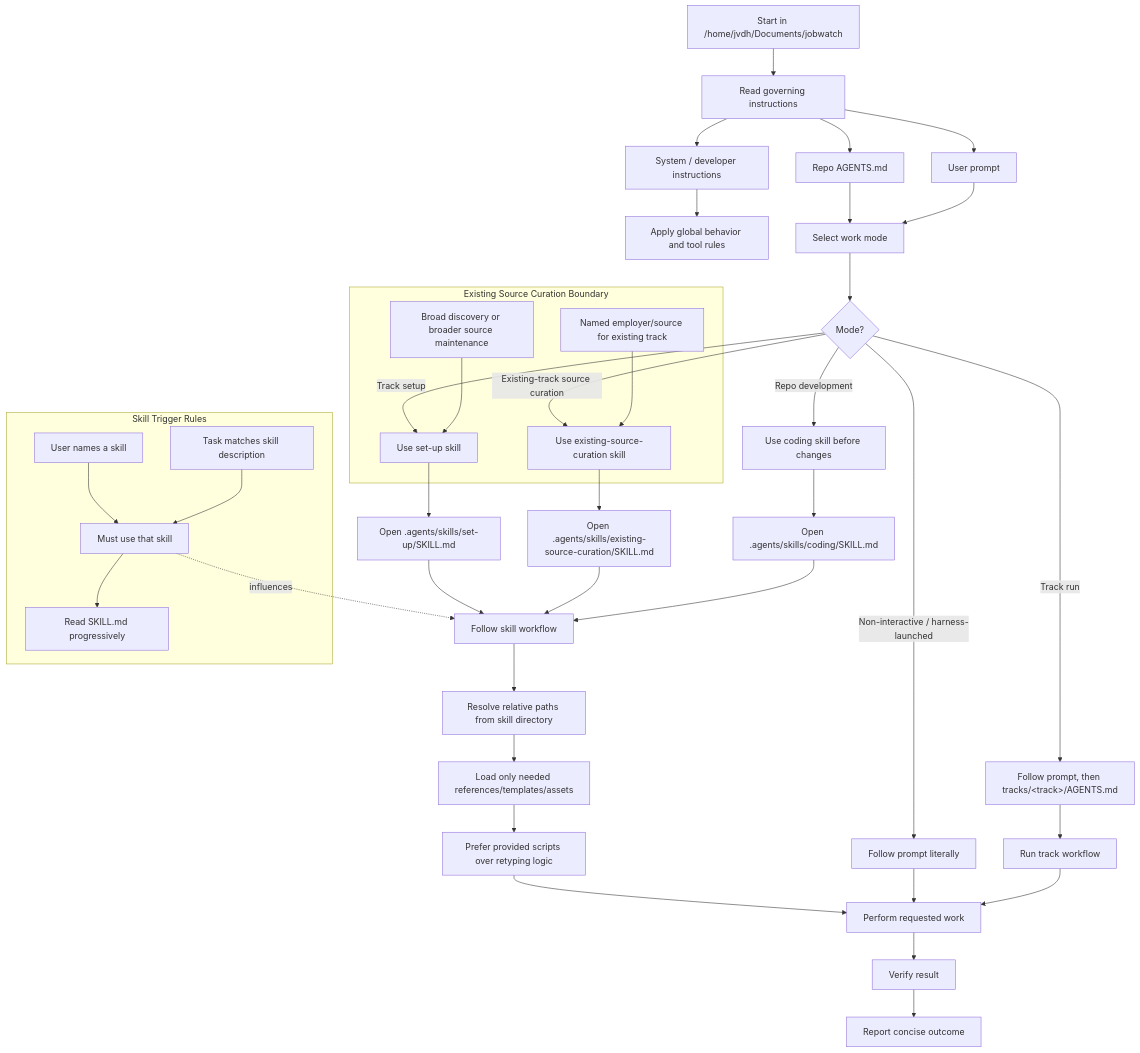
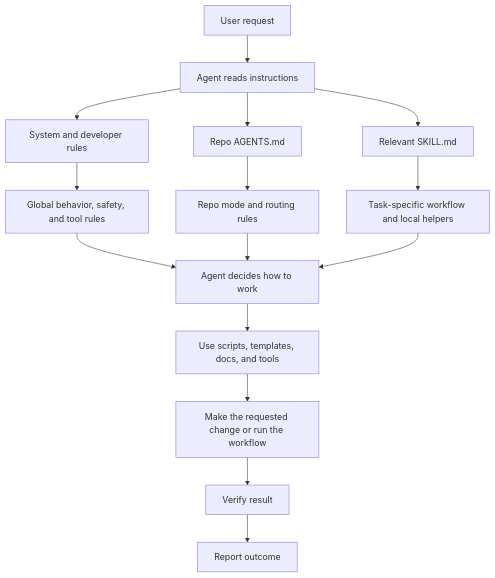
The diagram in docs/agent-instructions-skills.md (jvdheyden/jobwatch), drawn with Mermaid before and after one commit.

Commit message:
agents and skills mermaid

````diff
--- a/docs/agent-instructions-skills.md
+++ b/docs/agent-instructions-skills.md
@@ -3,53 +3,21 @@
 ```mermaid
 flowchart TD
-  A[Start in /home/jvdh/Documents/jobwatch] --> B[Read governing instructions]
+  A[User request] --> B[Agent reads instructions]
 
-  B --> C[System / developer instructions]
+  B --> C[System and developer rules]
   B --> D[Repo AGENTS.md]
-  B --> E[User prompt]
+  B --> E[Relevant SKILL.md]
 
-  C --> F[Apply global behavior and tool rules]
-  D --> G[Select work mode]
-  E --> G
+  C --> F[Global behavior, safety, and tool rules]
+  D --> G[Repo mode and routing rules]
+  E --> H[Task-specific workflow and local helpers]
 
-  G --> H{Mode?}
+  F --> I[Agent decides how to work]
+  G --> I
+  H --> I
 
-  H -->|Non-interactive / harness-launched| I[Follow prompt literally]
-  H -->|Track run| J[Follow prompt, then tracks/&lt;track&gt;/AGENTS.md]
-  H -->|Track setup| K[Use set-up skill]
-  H -->|Existing-track source curation| L[Use existing-source-curation skill]
-  H -->|Repo development| M[Use coding skill before changes]
-
-  J --> N[Run track workflow]
-  K --> O[Open .agents/skills/set-up/SKILL.md]
-  L --> P[Open .agents/skills/existing-source-curation/SKILL.md]
-  M --> Q[Open .agents/skills/coding/SKILL.md]
-
-  O --> R[Follow skill workflow]
-  P --> R
-  Q --> R
-
-  R --> S[Resolve relative paths from skill directory]
-  S --> T[Load only needed references/templates/assets]
-  T --> U[Prefer provided scripts over retyping logic]
-  U --> V[Perform requested work]
-
-  I --> V
-  N --> V
-
-  V --> W[Verify result]
-  W --> X[Report concise outcome]
-
-  subgraph SkillTrigger[Skill Trigger Rules]
-    Y[User names a skill] --> Z[Must use that skill]
-    AA[Task matches skill description] --> Z
-    Z --> AB[Read SKILL.md progressively]
-  end
-
-  Z -. influences .-> R
-
-  subgraph SourceCurationRule[Existing Source Curation Boundary]
-    AC[Named employer/source for existing track] --> L
-    AD[Broad discovery or broader source maintenance] --> K
-  end
+  I --> J[Use scripts, templates, docs, and tools]
+  J --> K[Make the requested change or run the workflow]
+  K --> L[Verify result]
+  L --> M[Report outcome]
 ```
````
